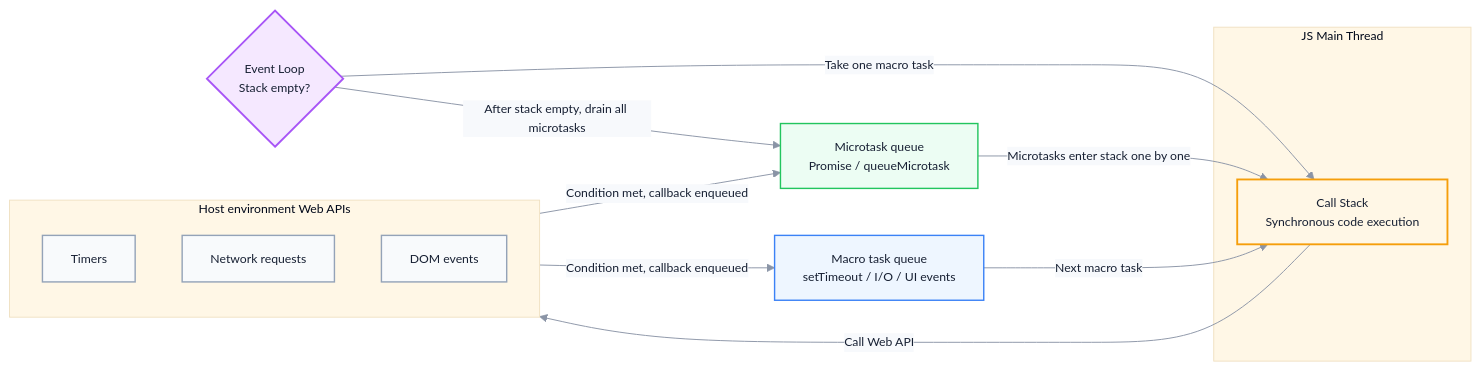
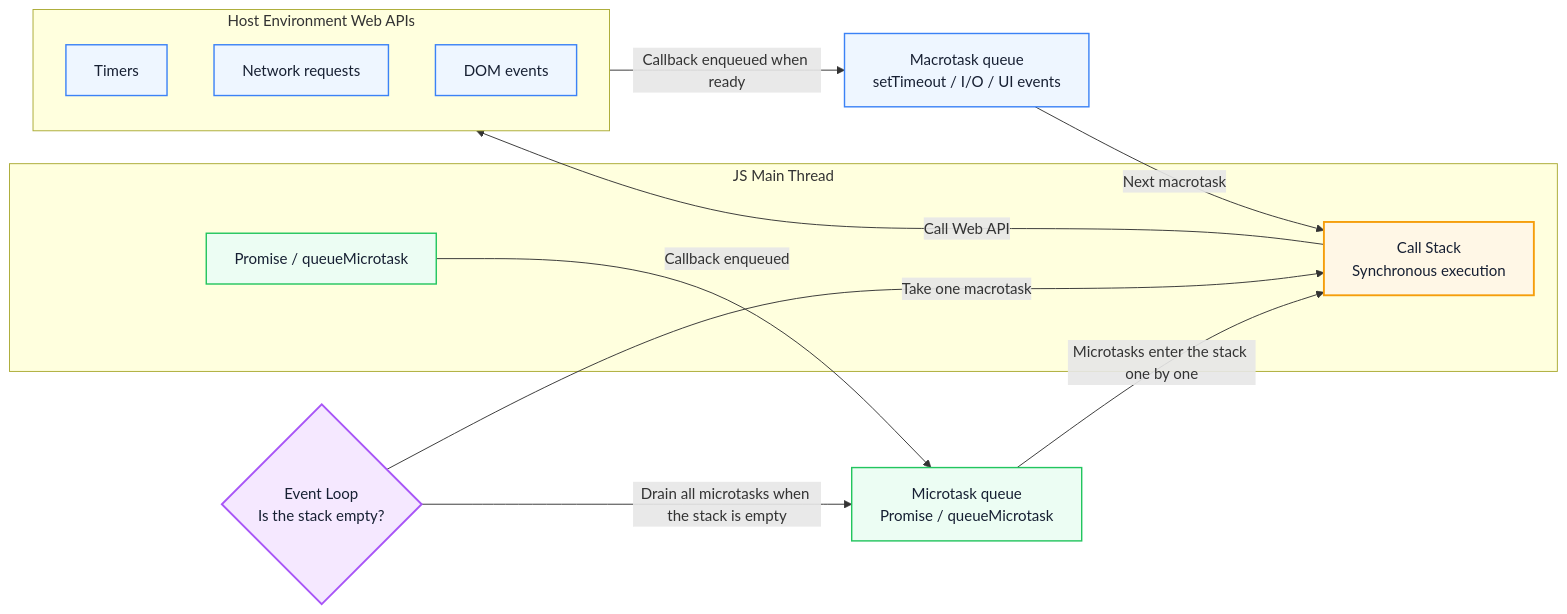
The first of 3 diagrams in docs/en/javascript/async-evolution.md (Fatejian/frontier-vault), drawn with Mermaid before and after one commit. The commit also changed other lines of this file and 41 other files, not shown here.

````diff
--- a/docs/en/javascript/async-evolution.md
+++ b/docs/en/javascript/async-evolution.md
@@ -75,36 +67,34 @@
 ```mermaid
-%%{init: {'theme': 'base', 'themeVariables': { 'fontFamily': 'Inter, sans-serif', 'primaryColor': '#EEF6FF', 'primaryTextColor': '#172033', 'primaryBorderColor': '#6EA8FE', 'lineColor': '#8A94A6', 'secondaryColor': '#F7F9FC', 'tertiaryColor': '#FFF7E6', 'fontSize': '13px'}}}%%
 flowchart LR
     subgraph JS["JS Main Thread"]
-        Stack["Call Stack<br/>Synchronous code execution"]
+        Stack["Call Stack<br/>Synchronous execution"]
+        Micro["Promise / queueMicrotask"]
     end
 
-    subgraph Host["Host environment Web APIs"]
-        Timer[Timers]
-        Net[Network requests]
-        DOM[DOM events]
+    subgraph Host["Host Environment Web APIs"]
+        Timer["Timers"]
+        Net["Network requests"]
+        DOM["DOM events"]
     end
 
-    MQ["Macro task queue<br/>setTimeout / I/O / UI events"]
+    MQ["Macrotask queue<br/>setTimeout / I/O / UI events"]
     uQ["Microtask queue<br/>Promise / queueMicrotask"]
 
     Stack -- "Call Web API" --> Host
-    Host -- "Condition met, callback enqueued" --> MQ
-    Host -- "Condition met, callback enqueued" --> uQ
+    Host -- "Callback enqueued when ready" --> MQ
+    Micro -- "Callback enqueued" --> uQ
 
-    Loop{"Event Loop<br/>Stack empty?"} -- "Take one macro task" --> Stack
-    Loop -- "After stack empty, drain all microtasks" --> uQ
-    uQ -- "Microtasks enter stack one by one" --> Stack
-    MQ -- "Next macro task" --> Stack
+    Loop{"Event Loop<br/>Is the stack empty?"} -- "Take one macrotask" --> Stack
+    Loop -- "Drain all microtasks when the stack is empty" --> uQ
+    uQ -- "Microtasks enter the stack one by one" --> Stack
+    MQ -- "Next macrotask" --> Stack
 
-    classDef js fill:#FFF7E6,stroke:#F59E0B,color:#172033,stroke-width:2px;
-    classDef host fill:#F8FAFC,stroke:#94A3B8,color:#172033,stroke-width:1.5px;
-    classDef macro fill:#EEF6FF,stroke:#3B82F6,color:#172033,stroke-width:1.5px;
-    classDef micro fill:#ECFDF3,stroke:#22C55E,color:#172033,stroke-width:1.5px;
-    classDef loop fill:#F5E8FF,stroke:#A855F7,color:#172033,stroke-width:2px;
-    class Stack js;
-    class Timer,Net,DOM host;
-    class MQ macro;
-    class uQ micro;
-    class Loop loop;
+    classDef wait fill:#EEF6FF,stroke:#3B82F6,color:#172033,stroke-width:1.5px;
+    classDef work fill:#ECFDF3,stroke:#22C55E,color:#172033,stroke-width:1.5px;
+    classDef metric fill:#F5E8FF,stroke:#A855F7,color:#172033,stroke-width:2px;
+    classDef block fill:#FFF7E6,stroke:#F59E0B,color:#172033,stroke-width:2px;
+    class Stack block;
+    class Timer,Net,DOM,MQ wait;
+    class Micro,uQ work;
+    class Loop metric;
 ```
````
